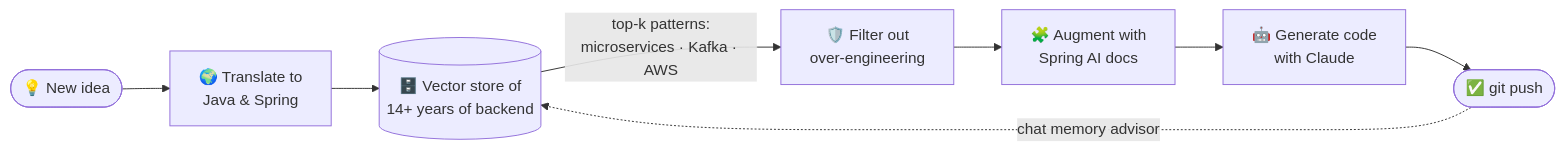
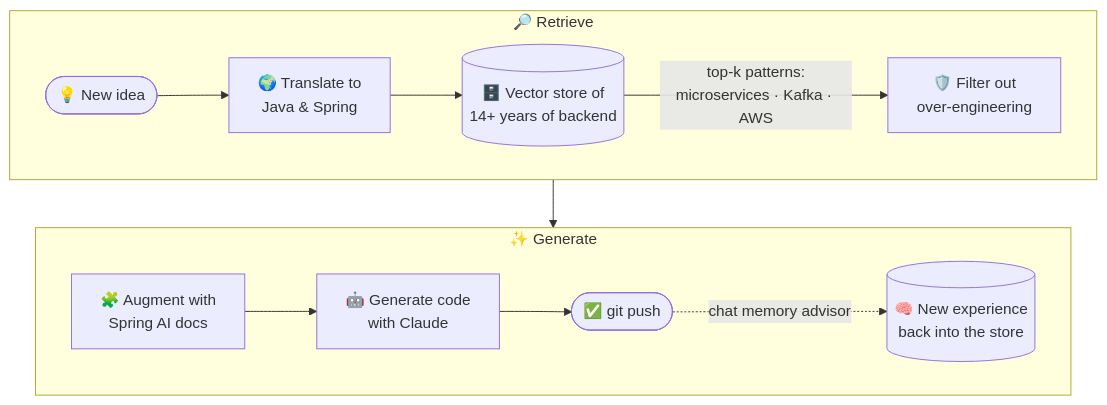
One commit to souissimehdi/souissimehdi changed the diagram in README.md. Above: the diagram before and after it, drawn with Mermaid.

Commit message:
Lay out the RAG pipeline diagram on two rows

````diff
--- a/README.md
+++ b/README.md
@@ -50,10 +50,12 @@
 ```mermaid
-flowchart LR
-    Q([💡 New idea]) --> T[🌍 Translate to<br/>Java & Spring]
-    T --> R[(🗄️ Vector store of<br/>14+ years of backend)]
-    R -->|top-k patterns:<br/>microservices · Kafka · AWS| P[🛡️ Filter out<br/>over-engineering]
-    P --> A[🧩 Augment with<br/>Spring AI docs]
-    A --> G[🤖 Generate code<br/>with Claude]
-    G --> C([✅ git push])
-    C -. chat memory advisor .-> R
+flowchart TB
+    subgraph S1 ["🔎 Retrieve"]
+        direction LR
+        Q([💡 New idea]) --> T[🌍 Translate to<br/>Java & Spring] --> R[(🗄️ Vector store of<br/>14+ years of backend)] -->|top-k patterns:<br/>microservices · Kafka · AWS| P[🛡️ Filter out<br/>over-engineering]
+    end
+    subgraph S2 ["✨ Generate"]
+        direction LR
+        A[🧩 Augment with<br/>Spring AI docs] --> G[🤖 Generate code<br/>with Claude] --> C([✅ git push]) -. chat memory advisor .-> M[(🧠 New experience<br/>back into the store)]
+    end
+    S1 --> S2
 ```
````
